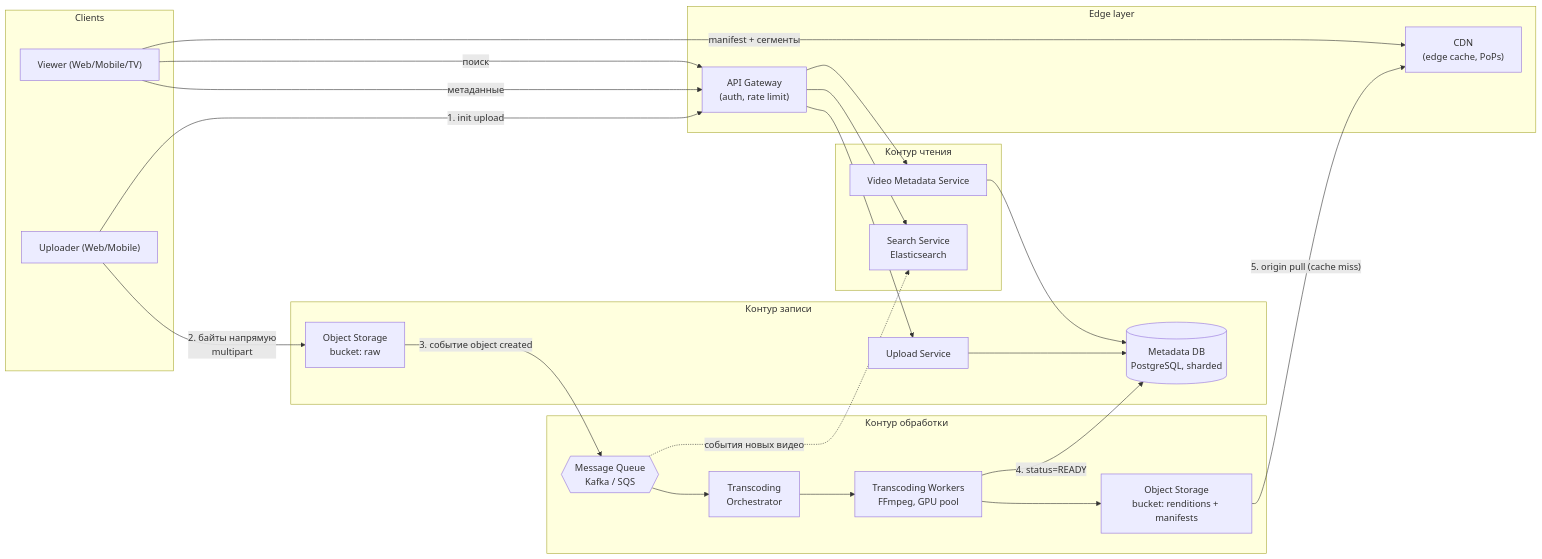
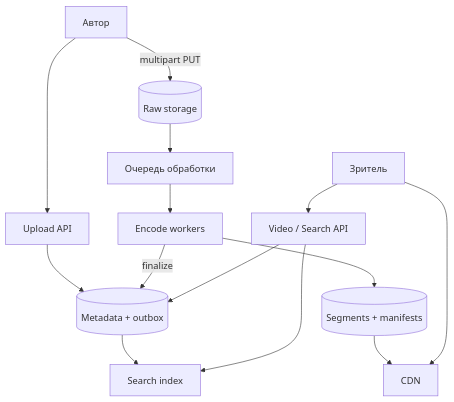
The first of 7 diagrams in 02-case-studies/video-streaming.md (AlohaJava/system-design-interview-chamkin), drawn with Mermaid before and after one commit. The commit also changed other lines of this file and 49 other files, not shown here.

````diff
--- a/02-case-studies/video-streaming.md
+++ b/02-case-studies/video-streaming.md
@@ -135,42 +143,16 @@
 ```mermaid
-flowchart LR
-    subgraph Clients
-        U["Uploader (Web/Mobile)"]
-        V["Viewer (Web/Mobile/TV)"]
-    end
-
-    subgraph Edge["Edge layer"]
-        GW["API Gateway<br/>(auth, rate limit)"]
-        CDN["CDN<br/>(edge cache, PoPs)"]
-    end
-
-    subgraph WritePath["Контур записи"]
-        UPS["Upload Service"]
-        S3R["Object Storage<br/>bucket: raw"]
-        MDB[("Metadata DB<br/>PostgreSQL, sharded")]
-    end
-
-    subgraph Pipeline["Контур обработки"]
-        Q{{"Message Queue<br/>Kafka / SQS"}}
-        SCHED["Transcoding<br/>Orchestrator"]
-        WRK["Transcoding Workers<br/>FFmpeg, GPU pool"]
-        S3T["Object Storage<br/>bucket: renditions + manifests"]
-    end
-
-    subgraph ReadPath["Контур чтения"]
-        VS["Video Metadata Service"]
-        SRCH["Search Service<br/>Elasticsearch"]
-    end
-
-    U -- "1. init upload" --> GW --> UPS
-    U -- "2. байты напрямую<br/>multipart" --> S3R
-    UPS --> MDB
-    S3R -- "3. событие object created" --> Q
-    Q --> SCHED --> WRK --> S3T
-    WRK -- "4. status=READY" --> MDB
-    S3T -- "5. origin pull (cache miss)" --> CDN
-    V -- "manifest + сегменты" --> CDN
-    V -- "метаданные" --> GW --> VS --> MDB
-    V -- "поиск" --> GW --> SRCH
-    Q -. "события новых видео" .-> SRCH
+flowchart TB
+    U["Автор"] --> API["Upload API"]
+    U -- "multipart PUT" --> RAW[("Raw storage")]
+    API --> DB[("Metadata + outbox")]
+    RAW --> Q["Очередь обработки"]
+    Q --> ENC["Encode workers"]
+    ENC --> OUT[("Segments + manifests")]
+    ENC -- "finalize" --> DB
+    DB --> IDX["Search index"]
+    OUT --> CDN["CDN"]
+    V["Зритель"] --> CDN
+    V --> READ["Video / Search API"]
+    READ --> DB
+    READ --> IDX
 ```
````
